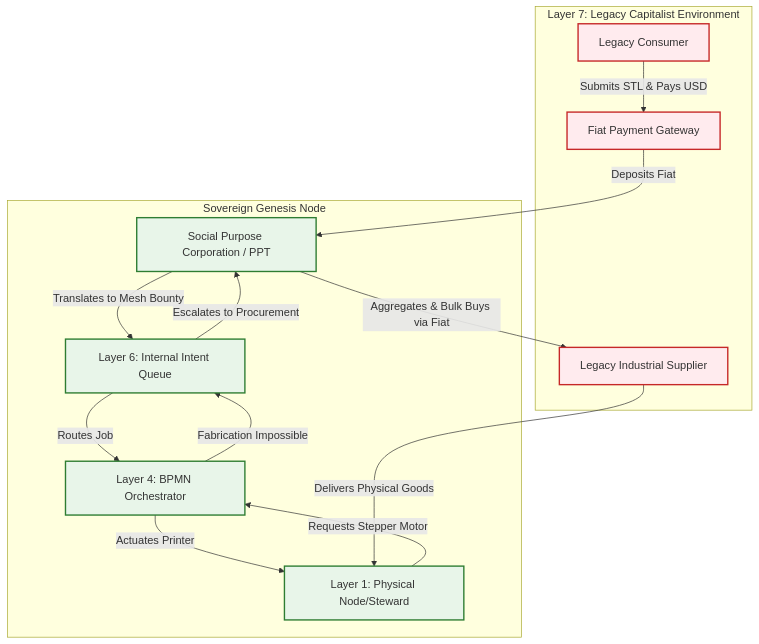
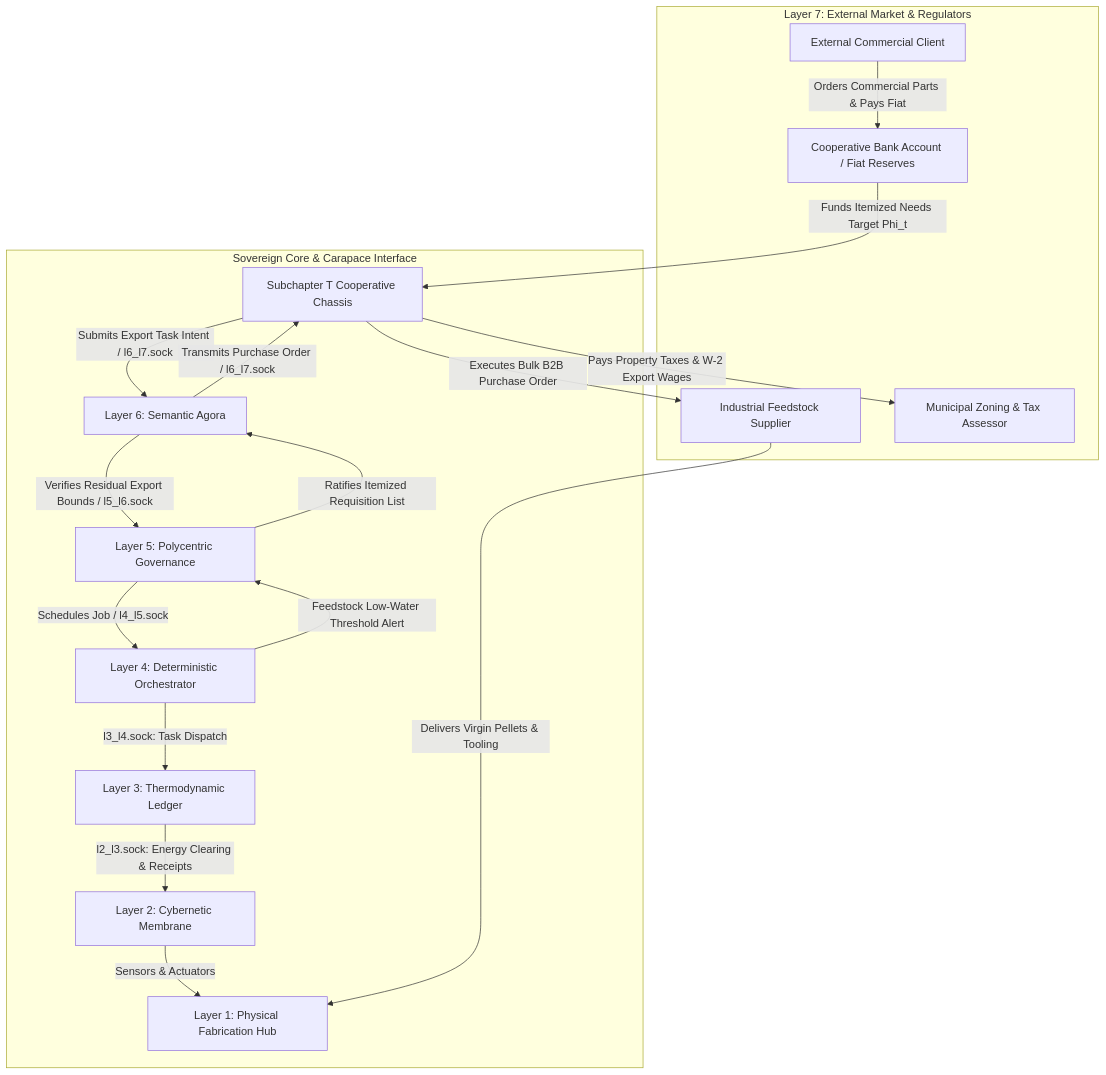
The fourth of 4 diagrams in docs/scenarios/alpha_fabrication.md (raffaine/collective), drawn with Mermaid before and after one commit. The commit also changed other lines of this file and 23 other files, not shown here.

````diff
--- a/docs/scenarios/alpha_fabrication.md
+++ b/docs/scenarios/alpha_fabrication.md
@@ -169,34 +201,37 @@
 ```mermaid
 graph TD
-    subgraph Legacy Market [Layer 7: Legacy Capitalist Environment]
-        LU[Legacy Consumer]
-        Stripe[Fiat Payment Gateway]
-        LS[Legacy Industrial Supplier]
+    subgraph Legacy Environment [Layer 7: External Market & Regulators]
+        Client[External Commercial Client]
+        FiatBank[Cooperative Bank Account / Fiat Reserves]
+        Supplier[Industrial Feedstock Supplier]
+        City[Municipal Zoning & Tax Assessor]
     end
 
-    subgraph The Collective [Sovereign Genesis Node]
-        SPC[Social Purpose Corporation / PPT]
-        L6[Layer 6: Internal Intent Queue]
-        L4[Layer 4: BPMN Orchestrator]
-        L1[Layer 1: Physical Node/Steward]
+    subgraph Sovereign Node [Sovereign Core & Carapace Interface]
+        Carapace[Subchapter T Cooperative Chassis]
+        L6[Layer 6: Semantic Agora]
+        L5[Layer 5: Polycentric Governance]
+        L4[Layer 4: Deterministic Orchestrator]
+        L3[Layer 3: Thermodynamic Ledger]
+        L2[Layer 2: Cybernetic Membrane]
+        L1[Layer 1: Physical Fabrication Hub]
     end
 
-    %% Inbound Fiat Flow
-    LU -->|Submits STL & Pays USD| Stripe
-    Stripe -->|Deposits Fiat| SPC
-    SPC -->|Translates to Mesh Bounty| L6
-    L6 -->|Routes Job| L4
-    L4 -->|Actuates Printer| L1
-    
-    %% Outbound Procurement Flow
-    L1 -->|Requests Stepper Motor| L4
-    L4 -->|Fabrication Impossible| L6
-    L6 -->|Escalates to Procurement| SPC
-    SPC -->|Aggregates & Bulk Buys via Fiat| LS
-    LS -->|Delivers Physical Goods| L1
-    
-    classDef legacy fill:#ffebee,stroke:#c62828,stroke-width:2px;
-    classDef sovereign fill:#e8f5e9,stroke:#2e7d32,stroke-width:2px;
-    class LU,Stripe,LS legacy;
-    class SPC,L6,L4,L1 sovereign;
+    %% Outward Commercial Export Flow
+    Client -->|Orders Commercial Parts & Pays Fiat| FiatBank
+    FiatBank -->|Funds Itemized Needs Target Phi_t| Carapace
+    Carapace -->|Pays Property Taxes & W-2 Export Wages| City
+    Carapace -->|Submits Export Task Intent / l6_l7.sock| L6
+    L6 -->|Verifies Residual Export Bounds / l5_l6.sock| L5
+    L5 -->|Schedules Job / l4_l5.sock| L4
+    L4 -->|l3_l4.sock: Task Dispatch| L3
+    L3 -->|l2_l3.sock: Energy Clearing & Receipts| L2
+    L2 -->|Sensors & Actuators| L1
+
+    %% Inbound Wholesale Procurement Flow
+    L4 -->|Feedstock Low-Water Threshold Alert| L5
+    L5 -->|Ratifies Itemized Requisition List| L6
+    L6 -->|Transmits Purchase Order / l6_l7.sock| Carapace
+    Carapace -->|Executes Bulk B2B Purchase Order| Supplier
+    Supplier -->|Delivers Virgin Pellets & Tooling| L1
 ```
````
